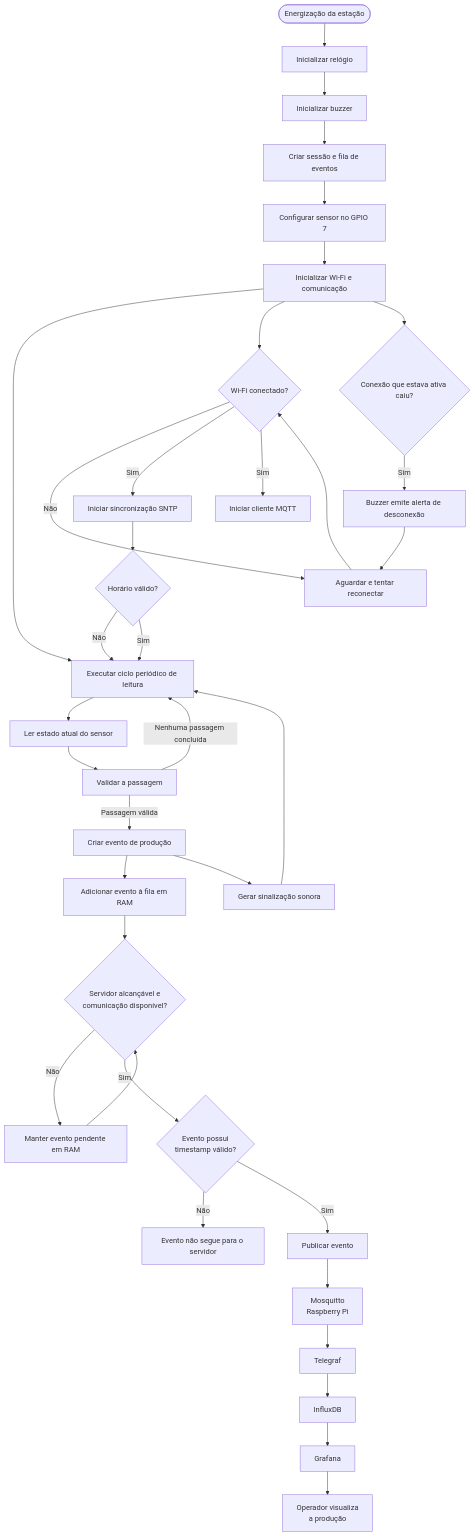
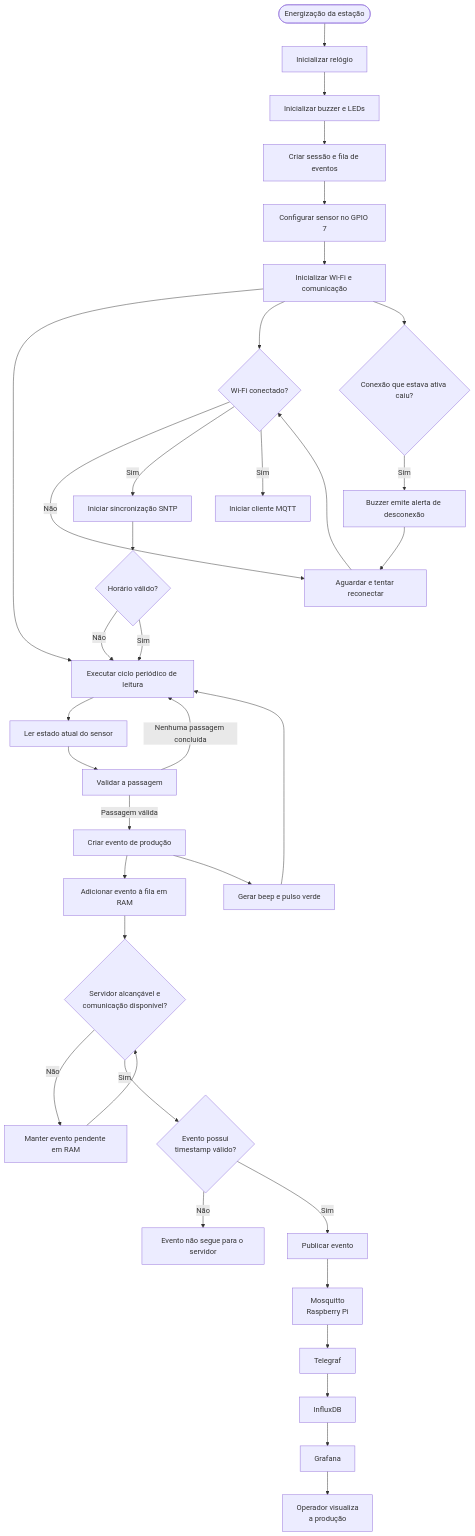
The third of 3 diagrams in README.md (joaohenriquebitu/FlowCount), drawn with Mermaid before and after one commit. The commit also changed other lines of this file and 14 other files, not shown here.

````diff
--- a/README.md
+++ b/README.md
@@ -747,49 +760,49 @@
 ```mermaid
 flowchart TD
     BOOT(["Energização da estação"])
     INIT_TIME["Inicializar relógio"]
-    INIT_SIGNAL["Inicializar buzzer"]
+    INIT_SIGNAL["Inicializar buzzer e LEDs"]
     INIT_QUEUE["Criar sessão e fila de eventos"]
     INIT_SENSOR["Configurar sensor no GPIO 7"]
     INIT_NET["Inicializar Wi-Fi e comunicação"]
     WAIT["Executar ciclo periódico de leitura"]
 
     BOOT --> INIT_TIME --> INIT_SIGNAL --> INIT_QUEUE --> INIT_SENSOR --> INIT_NET --> WAIT
 
     WAIT --> READ["Ler estado atual do sensor"]
     READ --> VALIDATE["Validar a passagem"]
 
     VALIDATE -->|"Nenhuma passagem concluída"| WAIT
     VALIDATE -->|"Passagem válida"| EVENT["Criar evento de produção"]
 
     EVENT --> STORE["Adicionar evento à fila em RAM"]
-    EVENT --> BEEP["Gerar sinalização sonora"]
+    EVENT --> BEEP["Gerar beep e pulso verde"]
     BEEP --> WAIT
 
     INIT_NET --> WIFI{"Wi-Fi conectado?"}
     WIFI -->|"Não"| RETRY["Aguardar e tentar reconectar"]
     RETRY --> WIFI
     WIFI -->|"Sim"| TIME_SYNC["Iniciar sincronização SNTP"]
     WIFI -->|"Sim"| MQTT_START["Iniciar cliente MQTT"]
 
     TIME_SYNC --> CLOCK{"Horário válido?"}
     CLOCK -->|"Não"| WAIT
     CLOCK -->|"Sim"| WAIT
 
     STORE --> DELIVERY{"Servidor alcançável e\ncomunicação disponível?"}
     DELIVERY -->|"Não"| KEEP["Manter evento pendente em RAM"]
     KEEP --> DELIVERY
     DELIVERY -->|"Sim"| CHECK_TIME{"Evento possui\ntimestamp válido?"}
     CHECK_TIME -->|"Não"| INVALID["Evento não segue para o servidor"]
     CHECK_TIME -->|"Sim"| PUB["Publicar evento"]
 
     PUB --> MOSQ["Mosquitto\nRaspberry Pi"]
     MOSQ --> TELE["Telegraf"]
     TELE --> DB["InfluxDB"]
     DB --> DASH["Grafana"]
     DASH --> USER["Operador visualiza\na produção"]
 
     INIT_NET --> LINK_LOSS{"Conexão que estava ativa caiu?"}
     LINK_LOSS -->|"Sim"| ALERT["Buzzer emite alerta de desconexão"]
     ALERT --> RETRY
 ```
````
